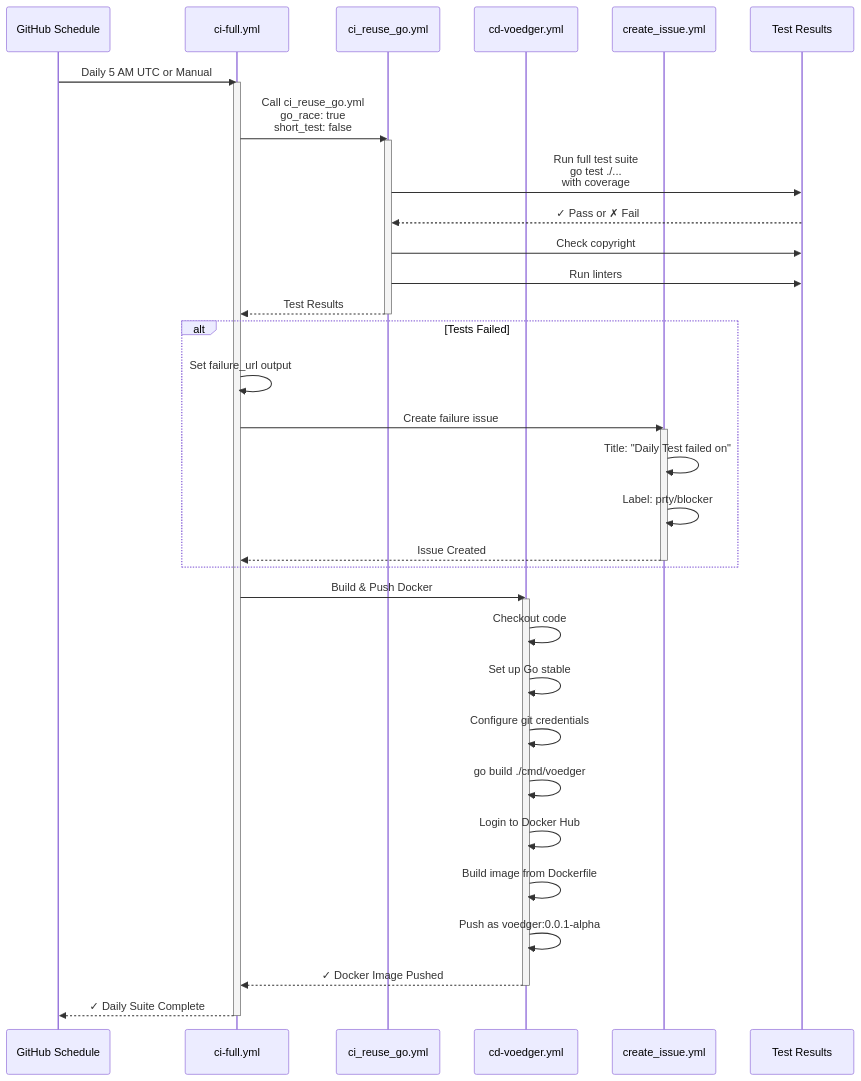
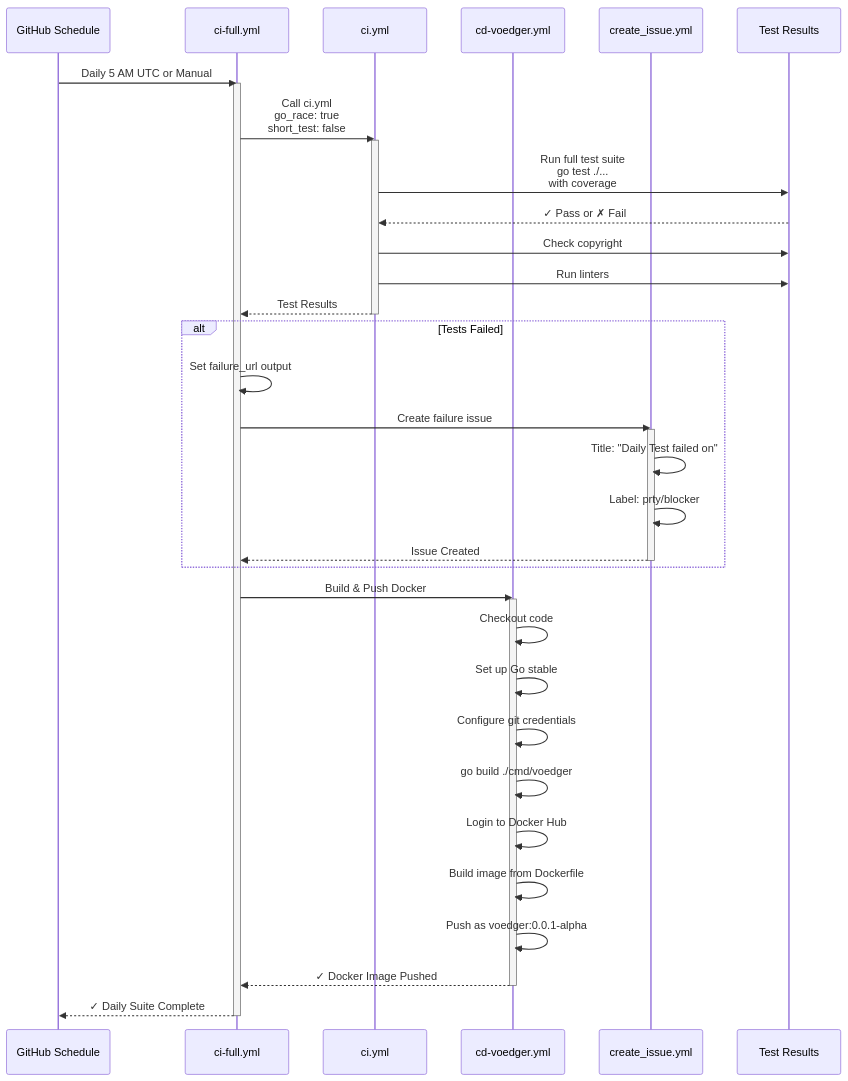
One commit to voedger/voedger changed the fourth of 4 diagrams in .github/workflows/README.md. Above: the diagram before and after it, drawn with Mermaid. The commit also changed other lines of this file, not shown here.

````diff
--- a/.github/workflows/README.md
+++ b/.github/workflows/README.md
@@ -629,46 +437,46 @@
 ```mermaid
 sequenceDiagram
     participant Schedule as GitHub Schedule
     participant WF as ci-full.yml
-    participant CI as ci_reuse_go.yml
+    participant CI as ci.yml
     participant Docker as cd-voedger.yml
     participant Issue as create_issue.yml
     participant Tests as Test Results
 
     Schedule->>WF: Daily 5 AM UTC or Manual
     activate WF
 
-    WF->>CI: Call ci_reuse_go.yml<br/>go_race: true<br/>short_test: false
+    WF->>CI: Call ci.yml<br/>go_race: true<br/>short_test: false
     activate CI
     CI->>Tests: Run full test suite<br/>go test ./...<br/>with coverage
     Tests-->>CI: ✓ Pass or ✗ Fail
     CI->>Tests: Check copyright
     CI->>Tests: Run linters
     CI-->>WF: Test Results
     deactivate CI
 
     alt Tests Failed
         WF->>WF: Set failure_url output
         WF->>Issue: Create failure issue
         activate Issue
         Issue->>Issue: Title: "Daily Test failed on"
         Issue->>Issue: Label: prty/blocker
         Issue-->>WF: Issue Created
         deactivate Issue
     end
 
     WF->>Docker: Build & Push Docker
     activate Docker
     Docker->>Docker: Checkout code
     Docker->>Docker: Set up Go stable
     Docker->>Docker: Configure git credentials
     Docker->>Docker: go build ./cmd/voedger
     Docker->>Docker: Login to Docker Hub
     Docker->>Docker: Build image from Dockerfile
     Docker->>Docker: Push as voedger:0.0.1-alpha
     Docker-->>WF: ✓ Docker Image Pushed
     deactivate Docker
 
     WF-->>Schedule: ✓ Daily Suite Complete
     deactivate WF
 ```
````
